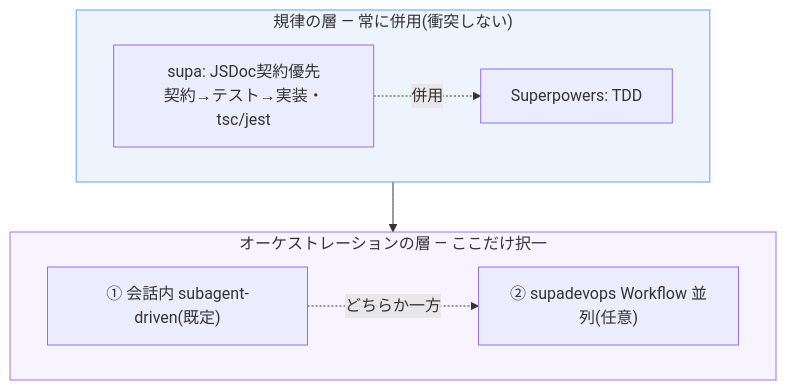
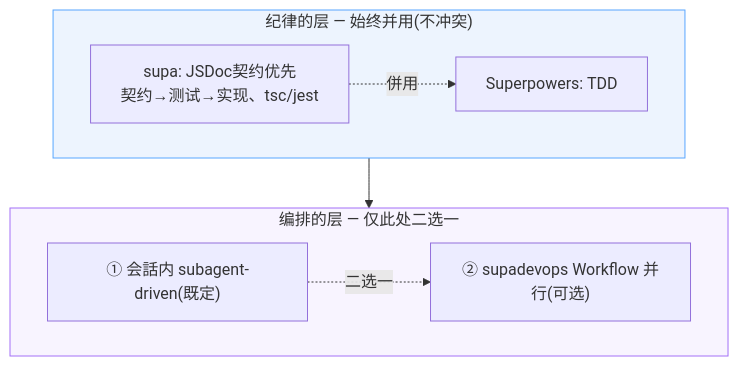
The fifth of 7 diagrams in README.md (magcen-zone/supadevops), drawn with Mermaid before and after one commit. The commit also changed other lines of this file and 11 other files, not shown here.

````diff
--- a/README.md
+++ b/README.md
@@ -512,17 +512,17 @@
 ```mermaid
 flowchart TB
-    subgraph L1["規律の層 — 常に併用(衝突しない)"]
-      A["supa: JSDoc契約優先<br/>契約→テスト→実装・tsc/jest"]
+    subgraph L1["纪律的层 — 始终并用(不冲突)"]
+      A["supa: JSDoc契约优先<br/>契约→测试→实现、tsc/jest"]
       B2["Superpowers: TDD"]
       A -.->|併用| B2
     end
-    subgraph L2["オーケストレーションの層 — ここだけ択一"]
+    subgraph L2["编排的层 — 仅此处二选一"]
       C["① 会話内 subagent-driven(既定)"]
-      D2["② supadevops Workflow 並列(任意)"]
-      C -.->|どちらか一方| D2
+      D2["② supadevops Workflow 并行(可选)"]
+      C -.->|二选一| D2
     end
     L1 --> L2
 
     style L1 fill:#1f6feb14,stroke:#58a6ff,stroke-width:1px;
     style L2 fill:#a371f714,stroke:#a371f7,stroke-width:1px;
 ```
````
